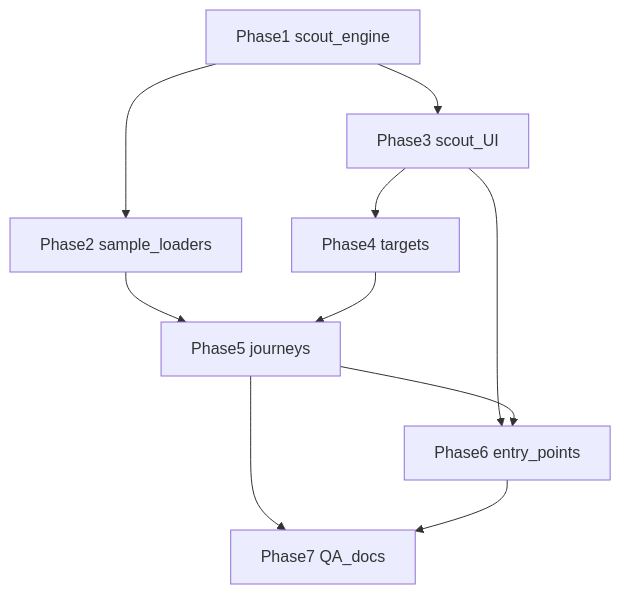
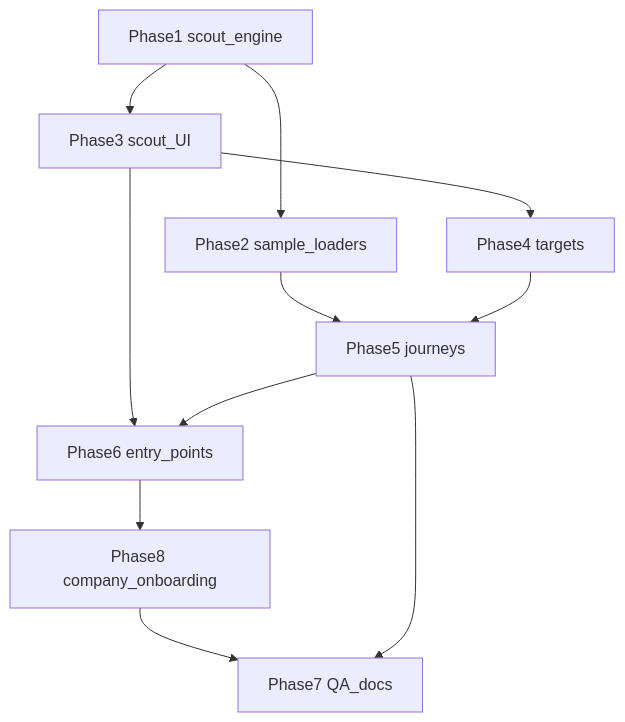
Before and after one commit to FreddyCi/scoper_page: the diagram in docs/TASK_BREAKDOWN_SCOPER_SCOUT.md, drawn with Mermaid. The commit also changed other lines of this file and 1 other file, not shown here.

````diff
--- a/docs/TASK_BREAKDOWN_SCOPER_SCOUT.md
+++ b/docs/TASK_BREAKDOWN_SCOPER_SCOUT.md
@@ -38,12 +39,13 @@
 ```mermaid
 flowchart TD
   P1[Phase1 scout_engine] --> P2[Phase2 sample_loaders]
   P1 --> P3[Phase3 scout_UI]
   P3 --> P4[Phase4 targets]
   P2 --> P5[Phase5 journeys]
   P4 --> P5
   P3 --> P6[Phase6 entry_points]
   P5 --> P6
-  P5 --> P7[Phase7 QA_docs]
-  P6 --> P7
+  P6 --> P8[Phase8 company_onboarding]
+  P8 --> P7[Phase7 QA_docs]
+  P5 --> P7
 ```
````
